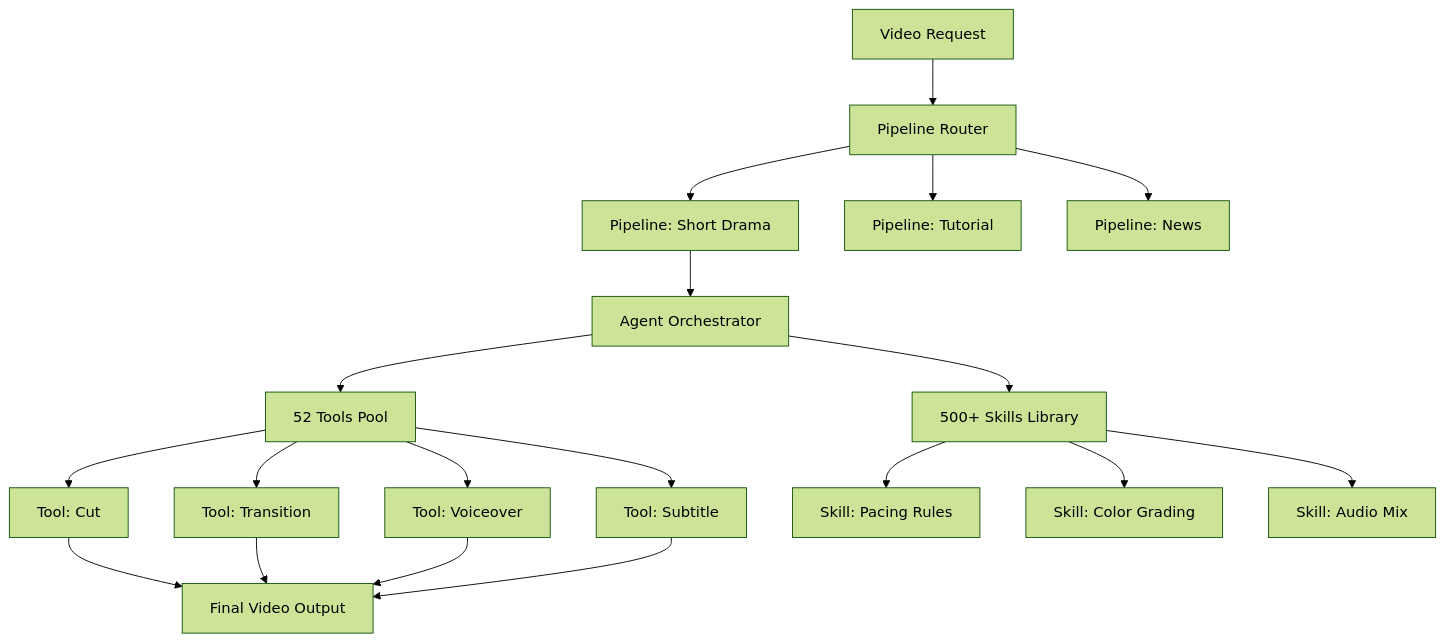
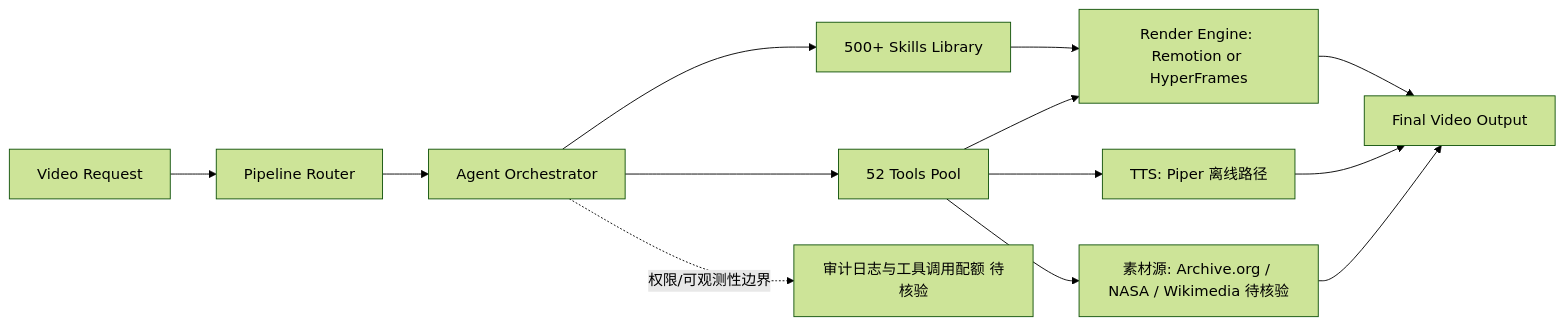
One commit to aiutil/github-researcher changed the diagram in projects/openmontage.md. Above: the diagram before and after it, drawn with Mermaid (forest theme). The commit also changed other lines of this file and 939 other files, not shown here.

Commit message:
feat: add architect briefs and Mermaid project maps

````diff
--- a/projects/openmontage.md
+++ b/projects/openmontage.md
@@ -71,25 +84,15 @@
 ```mermaid
-graph TD
-    A[Video Request] --> B[Pipeline Router]
-    B --> C[Pipeline: Short Drama]
-    B --> D[Pipeline: Tutorial]
-    B --> E[Pipeline: News]
-
-    C --> F[Agent Orchestrator]
-    F --> G[52 Tools Pool]
-    F --> H[500+ Skills Library]
-
-    G --> I[Tool: Cut]
-    G --> J[Tool: Transition]
-    G --> K[Tool: Voiceover]
-    G --> L[Tool: Subtitle]
-
-    H --> M[Skill: Pacing Rules]
-    H --> N[Skill: Color Grading]
-    H --> O[Skill: Audio Mix]
-
-    I --> P[Final Video Output]
-    J --> P
-    K --> P
-    L --> P
+graph LR
+  A[Video Request] --> B[Pipeline Router]
+  B --> C[Agent Orchestrator]
+  C --> D[500+ Skills Library]
+  C --> E[52 Tools Pool]
+  D --> F[Render Engine: Remotion or HyperFrames]
+  E --> F
+  E --> G[TTS: Piper 离线路径]
+  E --> H[素材源: Archive.org / NASA / Wikimedia 待核验]
+  F --> I[Final Video Output]
+  G --> I
+  H --> I
+  C -.权限/可观测性边界.-> J[审计日志与工具调用配额 待核验]
 ```
````
